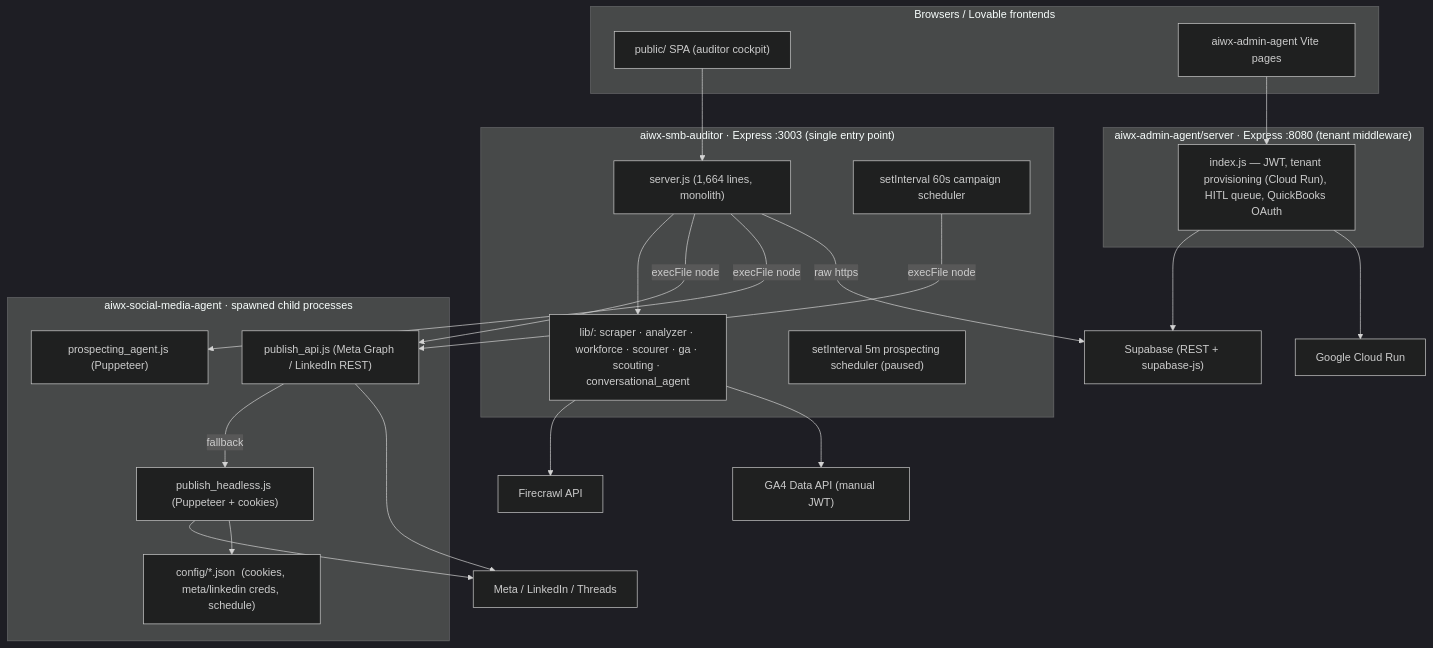
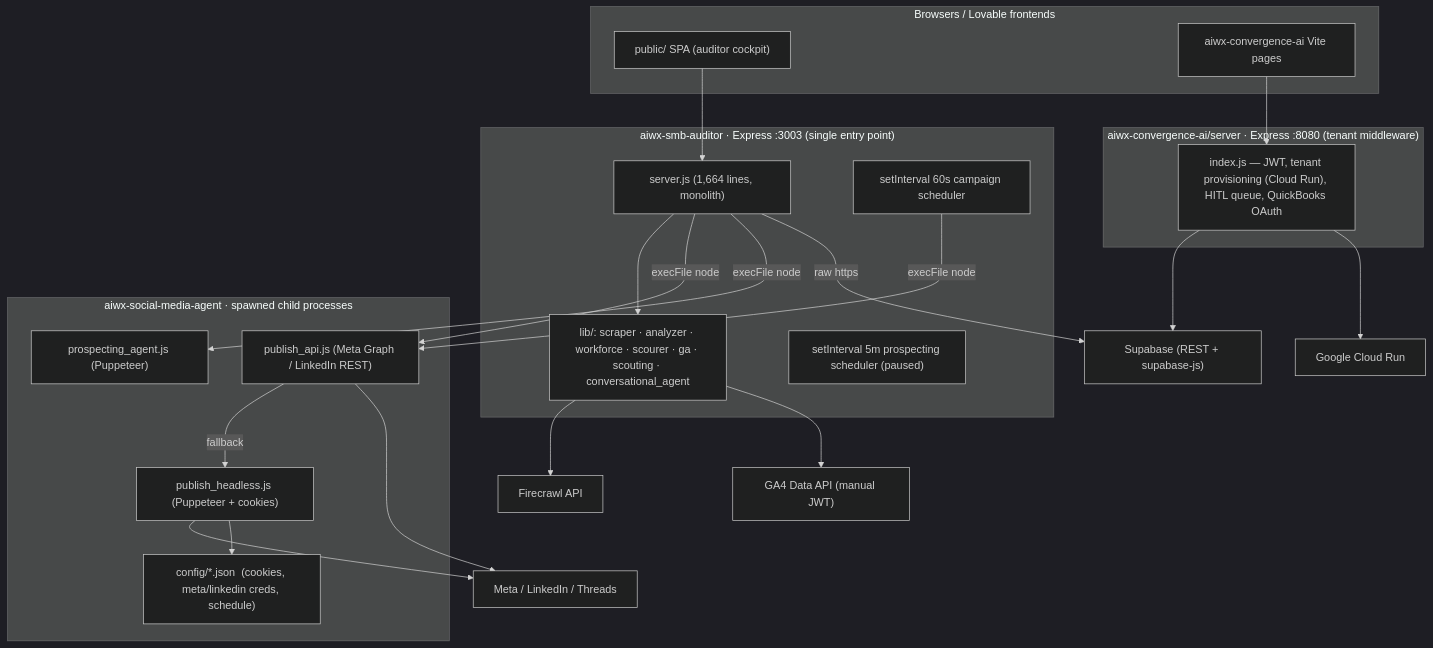
Before and after one commit to OlaMaeGunn25/convergence: the first of 3 diagrams in docs/SYSTEM_ASSESSMENT.md, drawn with Mermaid (dark theme). The commit also changed other lines of this file and 107 other files, not shown here.

Commit message:
Rename aiwx-admin-agent -> aiwx-convergence-ai + update references

````diff
--- a/docs/SYSTEM_ASSESSMENT.md
+++ b/docs/SYSTEM_ASSESSMENT.md
@@ -35,44 +35,44 @@
 ```mermaid
 flowchart TB
     subgraph client["Browsers / Lovable frontends"]
         UI["public/ SPA (auditor cockpit)"]
-        ADMIN["aiwx-admin-agent Vite pages"]
+        ADMIN["aiwx-convergence-ai Vite pages"]
     end
 
     subgraph auditor["aiwx-smb-auditor  ·  Express :3003 (single entry point)"]
         SRV["server.js (1,664 lines, monolith)"]
         LIBS["lib/: scraper · analyzer · workforce · scourer · ga · scouting · conversational_agent"]
         SCHED["setInterval 60s campaign scheduler"]
         PROSP["setInterval 5m prospecting scheduler (paused)"]
     end
 
     subgraph social["aiwx-social-media-agent  ·  spawned child processes"]
         PAPI["publish_api.js (Meta Graph / LinkedIn REST)"]
         PHEAD["publish_headless.js (Puppeteer + cookies)"]
         PAGENT["prospecting_agent.js (Puppeteer)"]
         CFG["config/*.json  (cookies, meta/linkedin creds, schedule)"]
     end
 
-    subgraph adminsrv["aiwx-admin-agent/server  ·  Express :8080 (tenant middleware)"]
+    subgraph adminsrv["aiwx-convergence-ai/server  ·  Express :8080 (tenant middleware)"]
         MID["index.js — JWT, tenant provisioning (Cloud Run), HITL queue, QuickBooks OAuth"]
     end
 
     EXT1["Firecrawl API"]
     EXT2["GA4 Data API (manual JWT)"]
     EXT3["Meta / LinkedIn / Threads"]
     EXT4["Supabase (REST + supabase-js)"]
     EXT5["Google Cloud Run"]
 
     UI --> SRV
     ADMIN --> MID
     SRV --> LIBS
     SRV -- execFile node --> PAPI
     SRV -- execFile node --> PAGENT
     SCHED -- execFile node --> PAPI
     PAPI -- fallback --> PHEAD
     LIBS --> EXT1 & EXT2
     PAPI & PHEAD --> EXT3
     SRV -- raw https --> EXT4
     MID --> EXT4 & EXT5
     PHEAD --> CFG
 ```
````
